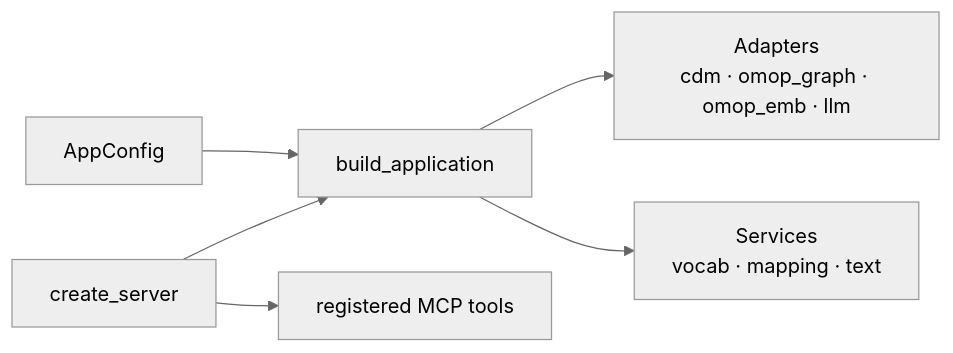
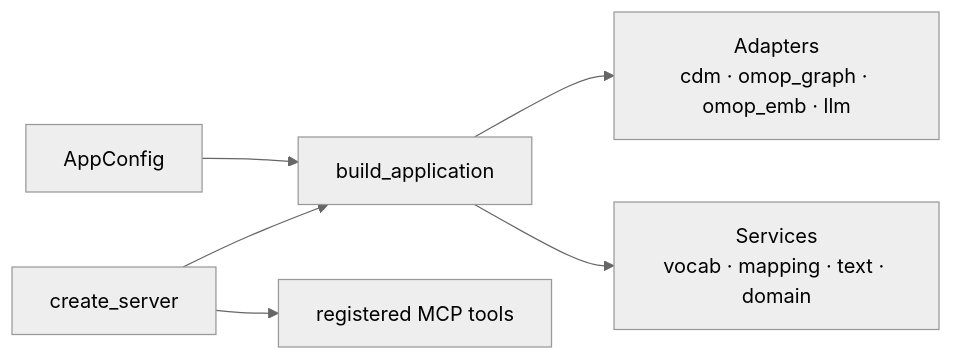
Before and after one commit to AustralianCancerDataNetwork/groundworkers: the third of 3 diagrams in docs/architecture.md, drawn with Mermaid (neutral theme). The commit also changed other lines of this file and 16 other files, not shown here.

````diff
--- a/docs/architecture.md
+++ b/docs/architecture.md
@@ -119,8 +122,8 @@
 ```mermaid
 flowchart LR
     CFG[AppConfig] --> APP[build_application]
     APP --> ADP[Adapters\ncdm · omop_graph · omop_emb · llm]
-    APP --> SRV[Services\nvocab · mapping · text]
+    APP --> SRV[Services\nvocab · mapping · text · domain]
     SERVER[create_server] --> APP
     SERVER --> MCP[registered MCP tools]
 ```
````
